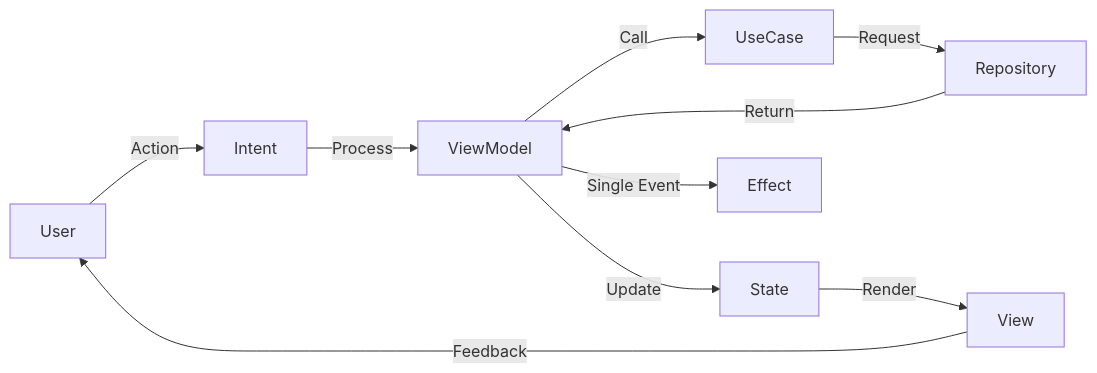
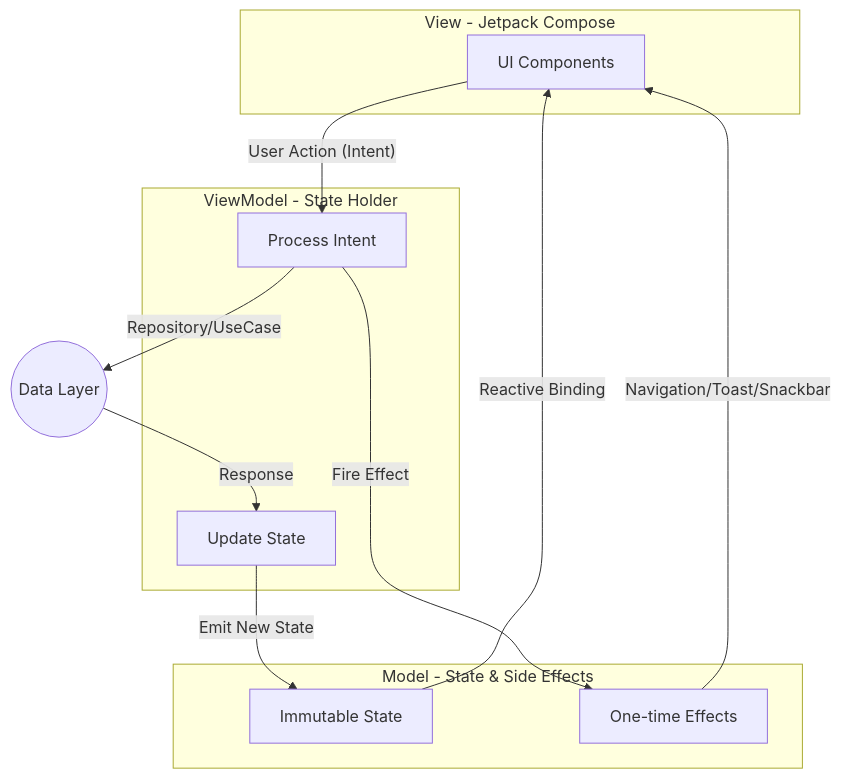
One commit to muharifandi/compose-mvi changed the first of 2 diagrams in README.md. Above: the diagram before and after it, drawn with Mermaid. The commit also changed other lines of this file and 23 other files, not shown here.

````diff
--- a/README.md
+++ b/README.md
@@ -89,12 +19,24 @@
 ```mermaid
-graph LR
-    User -- Action --> Intent
-    Intent -- Process --> ViewModel
-    ViewModel -- Call --> UseCase
-    UseCase -- Request --> Repository
-    Repository -- Return --> ViewModel
-    ViewModel -- Update --> State
-    State -- Render --> View
-    View -- Feedback --> User
-    ViewModel -- Single Event --> Effect
+graph TD
+    subgraph View [View - Jetpack Compose]
+        UI[UI Components]
+    end
+
+    subgraph ViewModel [ViewModel - State Holder]
+        Process[Process Intent]
+        Reducer[Update State]
+    end
+
+    subgraph Model [Model - State & Side Effects]
+        State[Immutable State]
+        Effect[One-time Effects]
+    end
+
+    UI -- "User Action (Intent)" --> Process
+    Process -- "Repository/UseCase" --> Data((Data Layer))
+    Data -- "Response" --> Reducer
+    Reducer -- "Emit New State" --> State
+    State -- "Reactive Binding" --> UI
+    Process -- "Fire Effect" --> Effect
+    Effect -- "Navigation/Toast/Snackbar" --> UI
 ```
````
